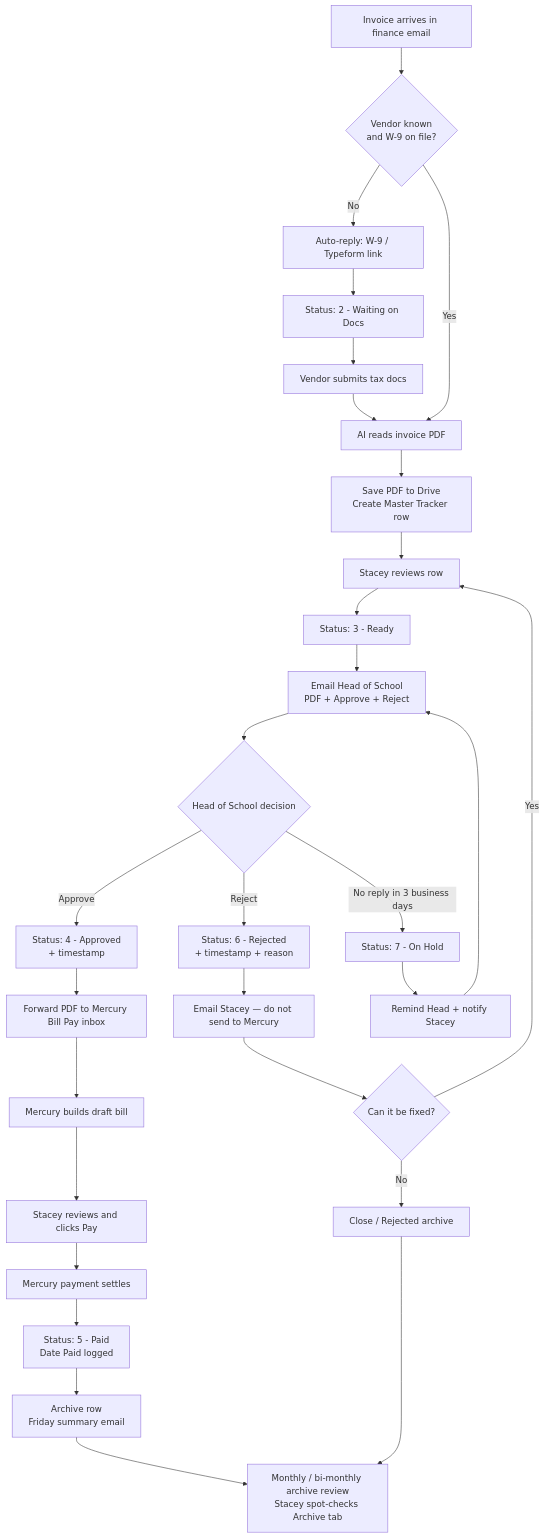
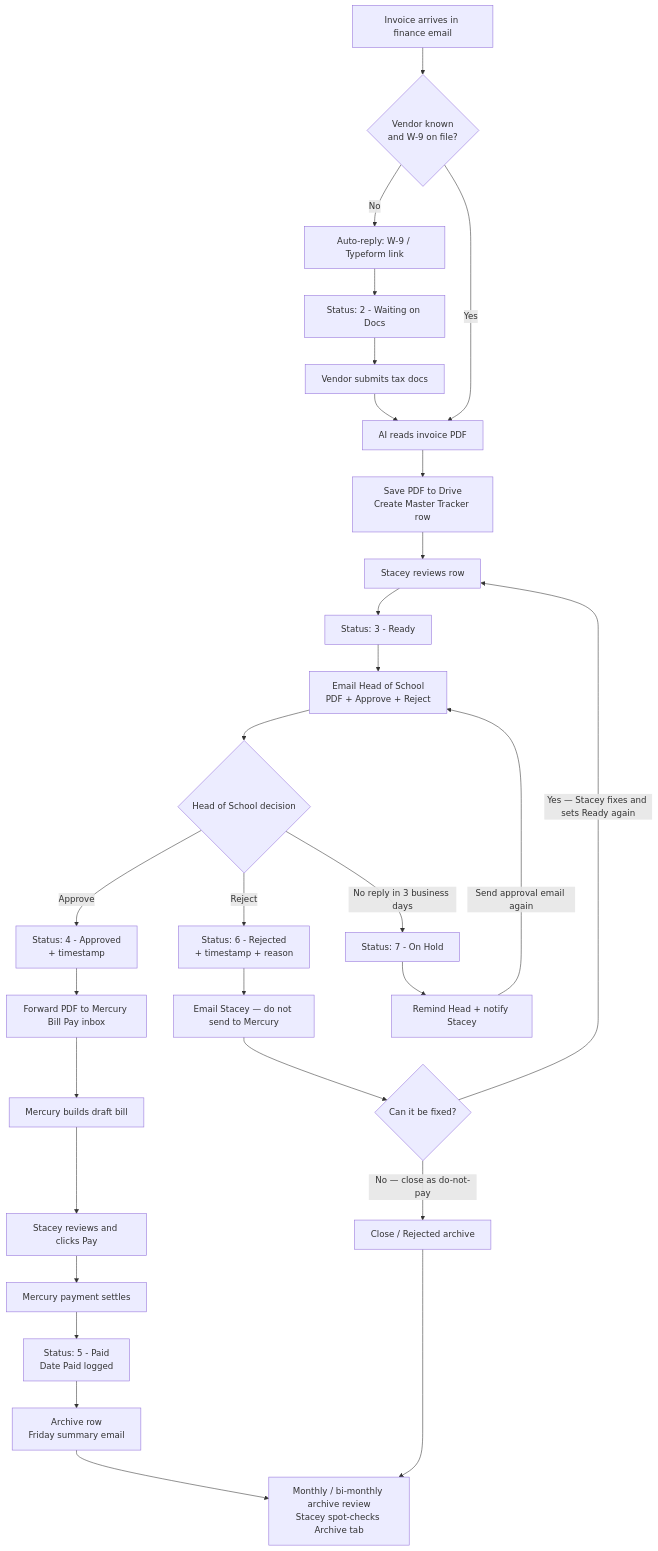
One commit to TheChaosDirector/TheChaosDirector changed the diagram in docs/invoice-workflow-diagram.mmd. Above: the diagram before and after it, drawn with Mermaid. The commit also changed 2 other files, not shown here.

Commit message:
Clarify On Hold vs Reject paths in workflow diagram
Regenerates PNG/SVG so no-reply loops back to the approval email,
while only Reject goes through the fix-or-close decision.

```diff
--- a/docs/invoice-workflow-diagram.mmd
+++ b/docs/invoice-workflow-diagram.mmd
@@ -1,36 +1,36 @@
 flowchart TD
   A[Invoice arrives in finance email] --> B{Vendor known<br/>and W-9 on file?}
 
   B -->|No| C[Auto-reply: W-9 / Typeform link]
   C --> D[Status: 2 - Waiting on Docs]
   D --> E[Vendor submits tax docs]
   E --> F[AI reads invoice PDF]
 
   B -->|Yes| F
 
   F --> G[Save PDF to Drive<br/>Create Master Tracker row]
   G --> H[Stacey reviews row]
   H --> I[Status: 3 - Ready]
   I --> J[Email Head of School<br/>PDF + Approve + Reject]
 
   J --> K{Head of School decision}
 
   K -->|Approve| L[Status: 4 - Approved<br/>+ timestamp]
   L --> M[Forward PDF to Mercury Bill Pay inbox]
   M --> N[Mercury builds draft bill]
   N --> O[Stacey reviews and clicks Pay]
   O --> P[Mercury payment settles]
   P --> Q[Status: 5 - Paid<br/>Date Paid logged]
   Q --> R[Archive row<br/>Friday summary email]
   R --> Y[Monthly / bi-monthly archive review<br/>Stacey spot-checks Archive tab]
 
   K -->|Reject| S[Status: 6 - Rejected<br/>+ timestamp + reason]
   S --> T[Email Stacey — do not send to Mercury]
   T --> U{Can it be fixed?}
-  U -->|Yes| H
-  U -->|No| V[Close / Rejected archive]
+  U -->|Yes — Stacey fixes and sets Ready again| H
+  U -->|No — close as do-not-pay| V[Close / Rejected archive]
   V --> Y
 
   K -->|No reply in 3 business days| W[Status: 7 - On Hold]
   W --> X[Remind Head + notify Stacey]
-  X --> J
+  X -->|Send approval email again| J
```
